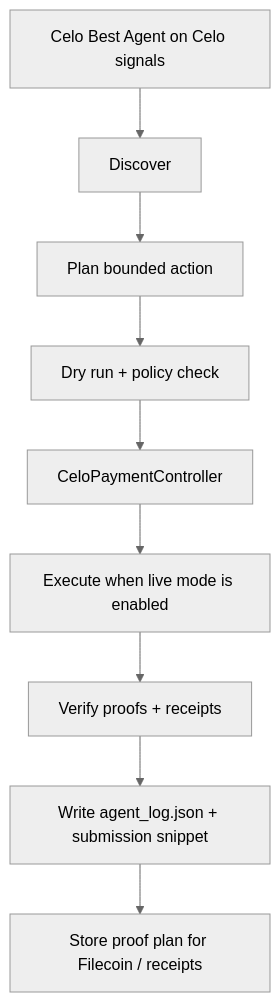
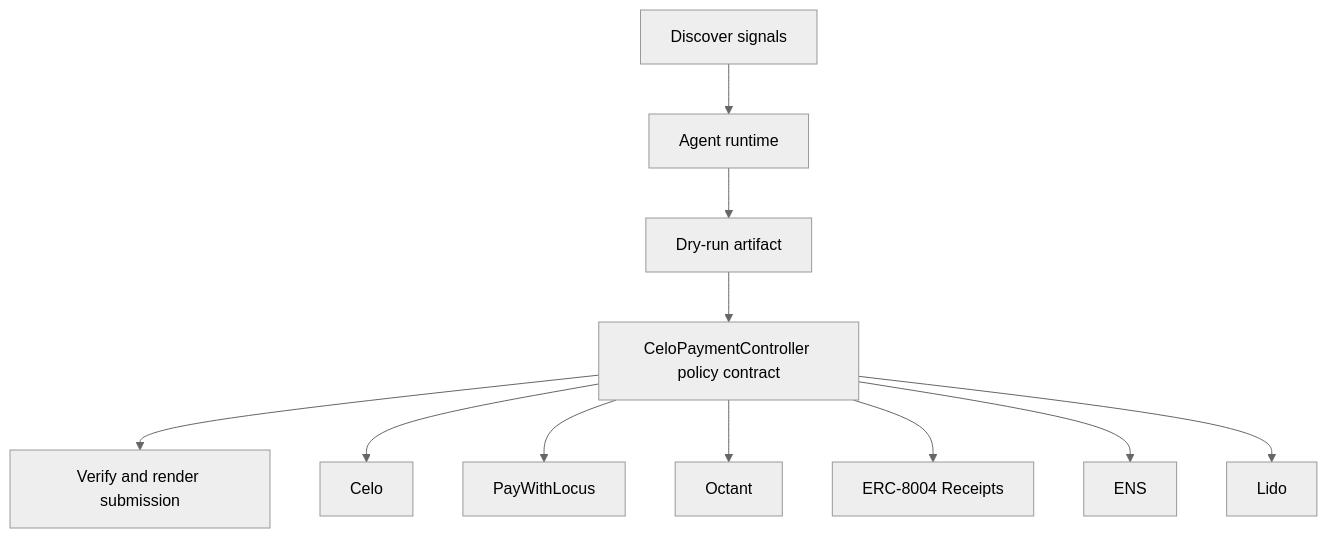
One commit to CrystallineButterfly/Synthesis-Celo-BestAgent changed the diagram in README.md. Above: the diagram before and after it, drawn with Mermaid (neutral theme). The commit also changed other lines of this file and 998 other files, not shown here.

Commit message:
Implement bounded agent runtime

````diff
--- a/README.md
+++ b/README.md
@@ -30,11 +26,15 @@
-        ```mermaid
-        flowchart TD
-    Signals[Celo Best Agent on Celo signals] --> Discover[Discover]
-    Discover --> Plan[Plan bounded action]
-    Plan --> DryRun[Dry run + policy check]
-    DryRun --> Guard[CeloPaymentController]
-    Guard --> Execute[Execute when live mode is enabled]
-    Execute --> Verify[Verify proofs + receipts]
-    Verify --> Persist[Write agent_log.json + submission snippet]
-    Persist --> Storage[Store proof plan for Filecoin / receipts]
-        ```
+```mermaid
+flowchart TD
+    Signals[Discover signals]
+    Planner[Agent runtime]
+    DryRun[Dry-run artifact]
+    Contract[CeloPaymentController policy contract]
+    Verify[Verify and render submission]
+    Signals --> Planner --> DryRun --> Contract --> Verify
+    Contract --> celo[Celo]
+    Contract --> paywithlocus[PayWithLocus]
+    Contract --> octant[Octant]
+    Contract --> erc_8004_receipts[ERC-8004 Receipts]
+    Contract --> ens[ENS]
+    Contract --> lido[Lido]
+```
````
